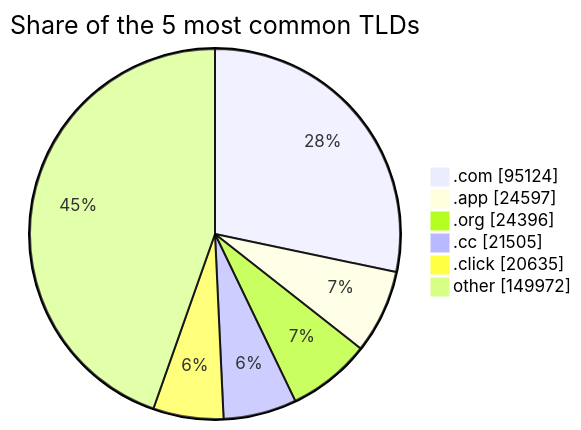
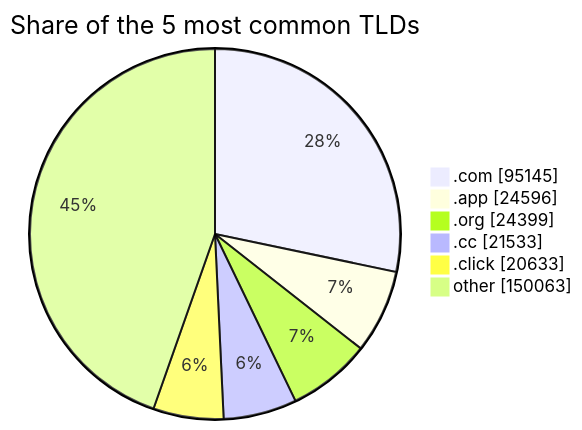
One commit to DNSBunker/CTI changed the third of 3 diagrams in README.md. Above: the diagram before and after it, drawn with Mermaid. The commit also changed other lines of this file and 4 other files, not shown here.

````diff
--- a/README.md
+++ b/README.md
@@ -81,9 +81,9 @@
 ```mermaid
 pie showData title Share of the 5 most common TLDs
-    ".com" : 95124
-    ".app" : 24597
-    ".org" : 24396
-    ".cc" : 21505
-    ".click" : 20635
-    "other" : 149972
+    ".com" : 95145
+    ".app" : 24596
+    ".org" : 24399
+    ".cc" : 21533
+    ".click" : 20633
+    "other" : 150063
 ```
````
